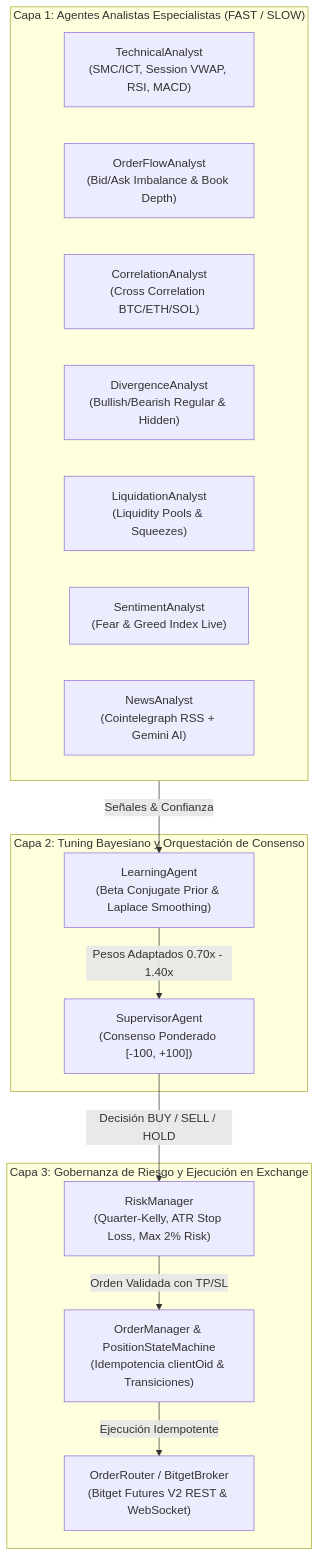
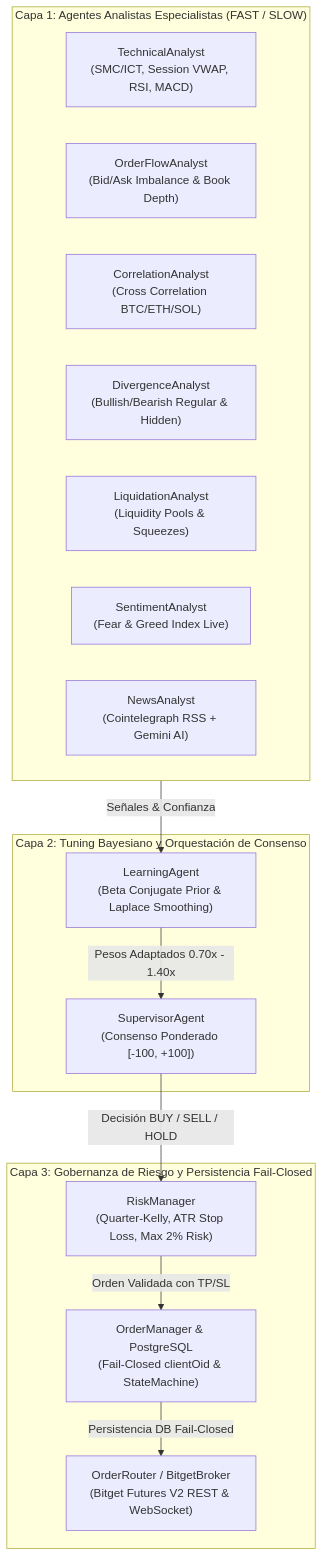
One commit to jsoto-06/Atlas-AI-Trading changed the diagram in README.md. Above: the diagram before and after it, drawn with Mermaid. The commit also changed other lines of this file and 33 other files, not shown here.

Commit message:
docs & feat: update README with PostgreSQL setup guide and commit forensic audit fixes

````diff
--- a/README.md
+++ b/README.md
@@ -76,29 +106,29 @@
 ```mermaid
 flowchart TD
     subgraph Capa1["Capa 1: Agentes Analistas Especialistas (FAST / SLOW)"]
         TA["TechnicalAnalyst\n(SMC/ICT, Session VWAP, RSI, MACD)"]
         OF["OrderFlowAnalyst\n(Bid/Ask Imbalance & Book Depth)"]
         CO["CorrelationAnalyst\n(Cross Correlation BTC/ETH/SOL)"]
         DV["DivergenceAnalyst\n(Bullish/Bearish Regular & Hidden)"]
         LQ["LiquidationAnalyst\n(Liquidity Pools & Squeezes)"]
         ST["SentimentAnalyst\n(Fear & Greed Index Live)"]
         NW["NewsAnalyst\n(Cointelegraph RSS + Gemini AI)"]
     end
 
     subgraph Capa2["Capa 2: Tuning Bayesiano y Orquestación de Consenso"]
         LA["LearningAgent\n(Beta Conjugate Prior & Laplace Smoothing)"]
         SA["SupervisorAgent\n(Consenso Ponderado [-100, +100])"]
     end
 
-    subgraph Capa3["Capa 3: Gobernanza de Riesgo y Ejecución en Exchange"]
+    subgraph Capa3["Capa 3: Gobernanza de Riesgo y Persistencia Fail-Closed"]
         RM["RiskManager\n(Quarter-Kelly, ATR Stop Loss, Max 2% Risk)"]
-        OM["OrderManager & PositionStateMachine\n(Idempotencia clientOid & Transiciones)"]
+        OM["OrderManager & PostgreSQL\n(Fail-Closed clientOid & StateMachine)"]
         EX["OrderRouter / BitgetBroker\n(Bitget Futures V2 REST & WebSocket)"]
     end
 
     Capa1 -->|Señales & Confianza| LA
     LA -->|Pesos Adaptados 0.70x - 1.40x| SA
     SA -->|Decisión BUY / SELL / HOLD| RM
     RM -->|Orden Validada con TP/SL| OM
-    OM -->|Ejecución Idempotente| EX
+    OM -->|Persistencia DB Fail-Closed| EX
 ```
````
